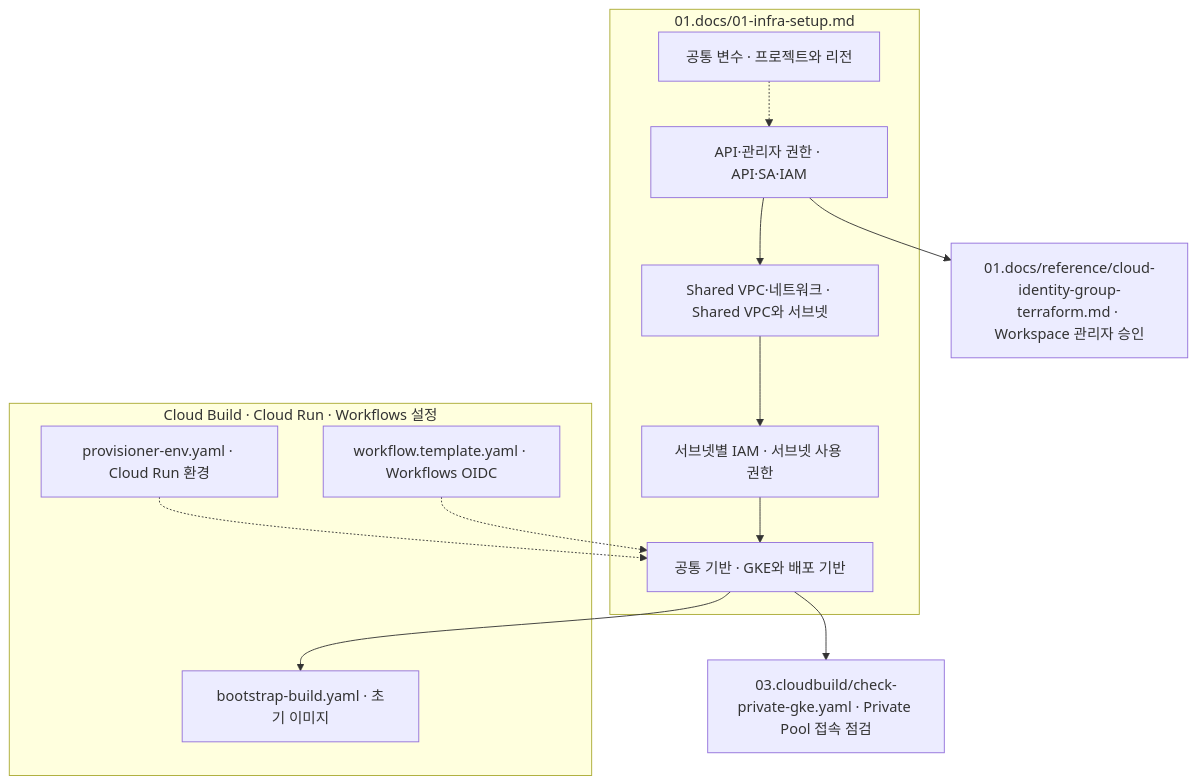
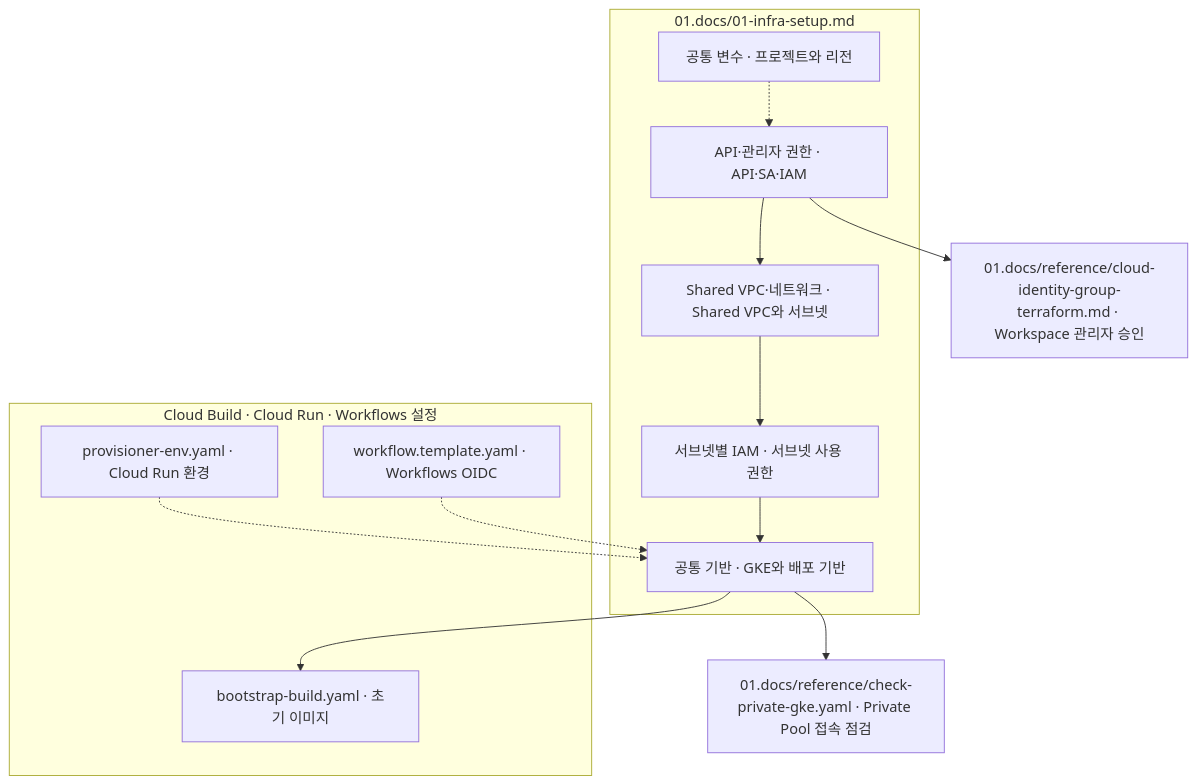
The first of 6 diagrams in 01.docs/reference/file-relationships.md (sonmap/https-github.com-sonmap-GCP_SBX_Test02), drawn with Mermaid before and after one commit. The commit also changed other lines of this file and 11 other files, not shown here.

````diff
--- a/01.docs/reference/file-relationships.md
+++ b/01.docs/reference/file-relationships.md
@@ -9,22 +9,22 @@
 ```mermaid
 flowchart TD
     subgraph MANUAL["01.docs/01-infra-setup.md"]
       VAR["공통 변수 · 프로젝트와 리전"]
       ADM["API·관리자 권한 · API·SA·IAM"]
       NET["Shared VPC·네트워크 · Shared VPC와 서브넷"]
       IAM["서브넷별 IAM · 서브넷 사용 권한"]
       FOUND["공통 기반 · GKE와 배포 기반"]
       VAR -.-> ADM
       ADM --> NET --> IAM --> FOUND
     end
     subgraph CONF["Cloud Build · Cloud Run · Workflows 설정"]
       BOOT["bootstrap-build.yaml · 초기 이미지"]
       ENV["provisioner-env.yaml · Cloud Run 환경"]
       WF["workflow.template.yaml · Workflows OIDC"]
     end
     FOUND --> BOOT
     ENV -.-> FOUND
     WF -.-> FOUND
     ADM --> WS["01.docs/reference/cloud-identity-group-terraform.md · Workspace 관리자 승인"]
-    FOUND --> CHECK["03.cloudbuild/check-private-gke.yaml · Private Pool 접속 점검"]
+    FOUND --> CHECK["01.docs/reference/check-private-gke.yaml · Private Pool 접속 점검"]
 ```
````
